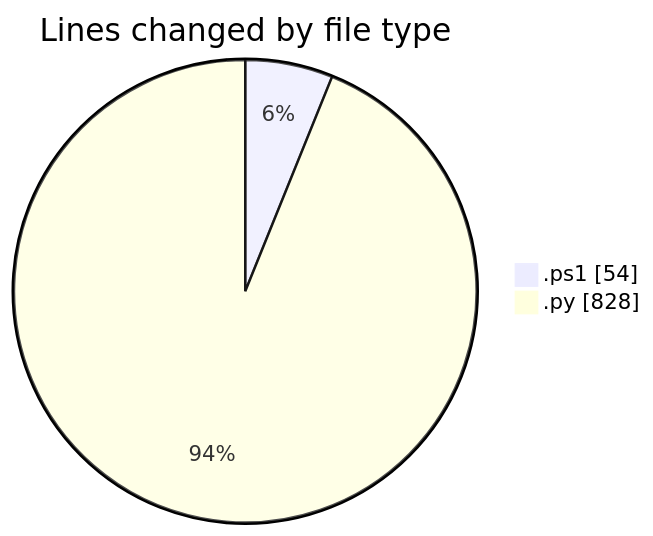
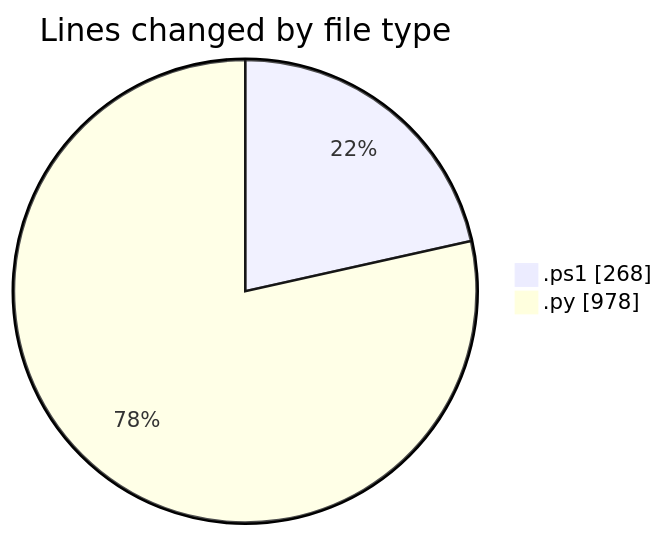
The first of 2 diagrams in 2026-07-14/shibass-ai/README.md (shibass792/code-tracking), drawn with Mermaid before and after one commit. The commit also changed other lines of this file and 1 other file, not shown here.

````diff
--- a/2026-07-14/shibass-ai/README.md
+++ b/2026-07-14/shibass-ai/README.md
@@ -21,6 +22,6 @@
 ```mermaid
 pie showData
 title Lines changed by file type
-".ps1" : 54
-".py" : 828
+".ps1" : 268
+".py" : 978
 ```
````
